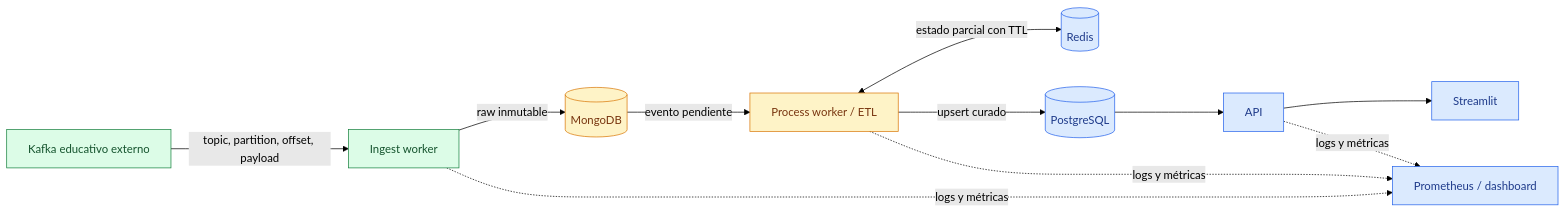
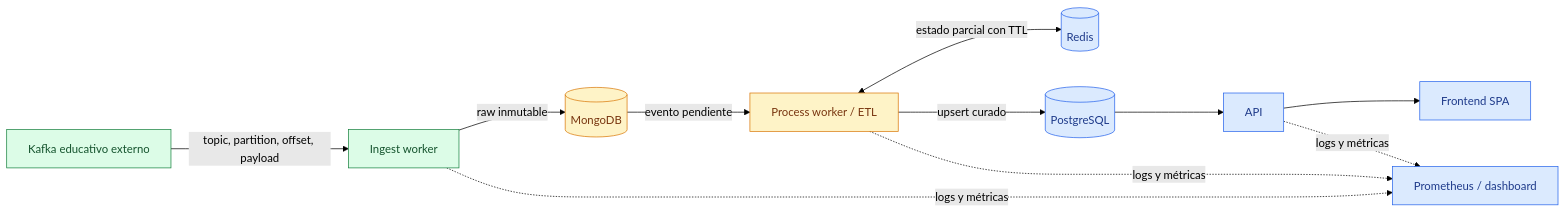
The first of 2 diagrams in README.md (Bootcamp-IA-MAD-P7/Proyecto-DataEngineer-Grupo1), drawn with Mermaid (forest theme) before and after one commit. The commit also changed other lines of this file and 7 other files, not shown here.

````diff
--- a/README.md
+++ b/README.md
@@ -72,20 +72,20 @@
 ```mermaid
 flowchart LR
     K[Kafka educativo externo] -->|topic, partition, offset, payload| I[Ingest worker]
     I -->|raw inmutable| M[(MongoDB)]
     M -->|evento pendiente| T[Process worker / ETL]
     T <-->|estado parcial con TTL| R[(Redis)]
     T -->|upsert curado| P[(PostgreSQL)]
     P --> A[API]
-    A --> U[Streamlit]
+    A --> U[Frontend SPA]
     I -. logs y métricas .-> O[Prometheus / dashboard]
     T -. logs y métricas .-> O
     A -. logs y métricas .-> O
 
     classDef current fill:#DCFCE7,stroke:#15803D,color:#14532D;
     classDef active fill:#FEF3C7,stroke:#D97706,color:#78350F;
     classDef planned fill:#DBEAFE,stroke:#2563EB,color:#1E3A8A;
     class K,I current;
     class M,T active;
     class R,P,A,U,O planned;
 ```
````
